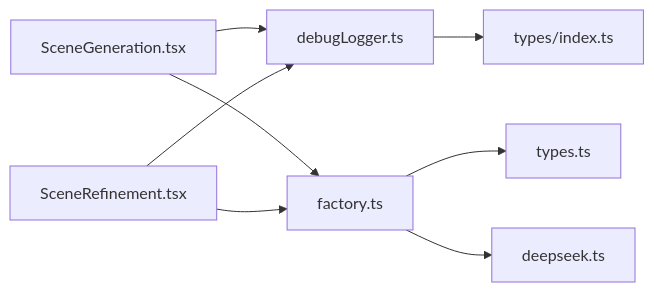
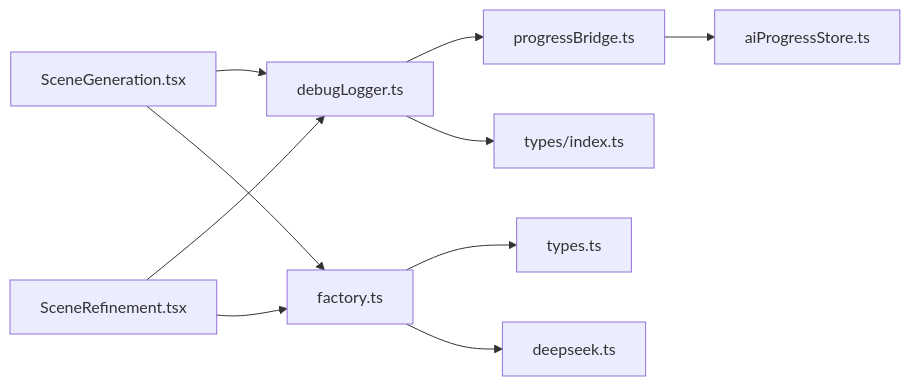
One commit to leonaiuv/aixsss changed the eighth of 9 diagrams in .qoder/repowiki/zh/content/技术架构/AI调试日志器.md. Above: the diagram before and after it, drawn with Mermaid. The commit also changed other lines of this file and 9 other files, not shown here.

Commit message:
查询、导出与优化建议 - 完善调用流程图与架构文档，详述事件驱动和状态管理的设计理念与实现细节

````diff
--- a/.qoder/repowiki/zh/content/技术架构/AI调试日志器.md
+++ b/.qoder/repowiki/zh/content/技术架构/AI调试日志器.md
@@ -302,10 +478,12 @@
 ```mermaid
 graph LR
 SG["SceneGeneration.tsx"] --> DL["debugLogger.ts"]
 SR["SceneRefinement.tsx"] --> DL
+DL --> PB["progressBridge.ts"]
+PB --> APS["aiProgressStore.ts"]
 SG --> F["factory.ts"]
 SR --> F
 F --> T["types.ts"]
 F --> P["deepseek.ts"]
 DL --> IT["types/index.ts"]
 ```
````
